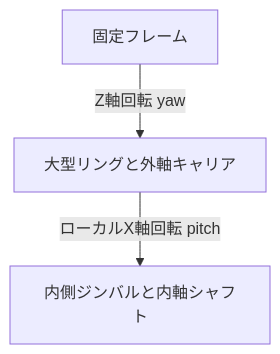
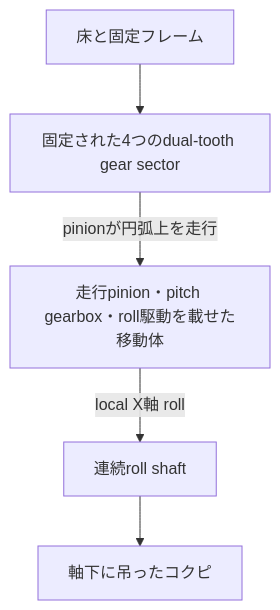
The diagram in docs/model-design.md (tokutori/simulator-hardware-prototype-1), drawn with Mermaid before and after one commit. The commit also changed other lines of this file and 1 other file, not shown here.

Commit message:
docs: align design with fixed pitch sectors

````diff
--- a/docs/model-design.md
+++ b/docs/model-design.md
@@ -54,9 +21,13 @@
 ```mermaid
 flowchart TD
-    FIXED[固定フレーム]
-    YAW[大型リングと外軸キャリア]
-    PITCH[内側ジンバルと内軸シャフト]
+    WORLD[床と固定フレーム]
+    TRACK[固定された4つのdual-tooth gear sector]
+    PITCH[走行pinion・pitch gearbox・roll駆動を載せた移動体]
+    ROLL[連続roll shaft]
+    COCKPIT[軸下に吊ったコクピ]
 
-    FIXED -->|Z軸回転 yaw| YAW
-    YAW -->|ローカルX軸回転 pitch| PITCH
+    WORLD --> TRACK
+    TRACK -->|pinionが円弧上を走行| PITCH
+    PITCH -->|local X軸 roll| ROLL
+    ROLL --> COCKPIT
 ```
````
